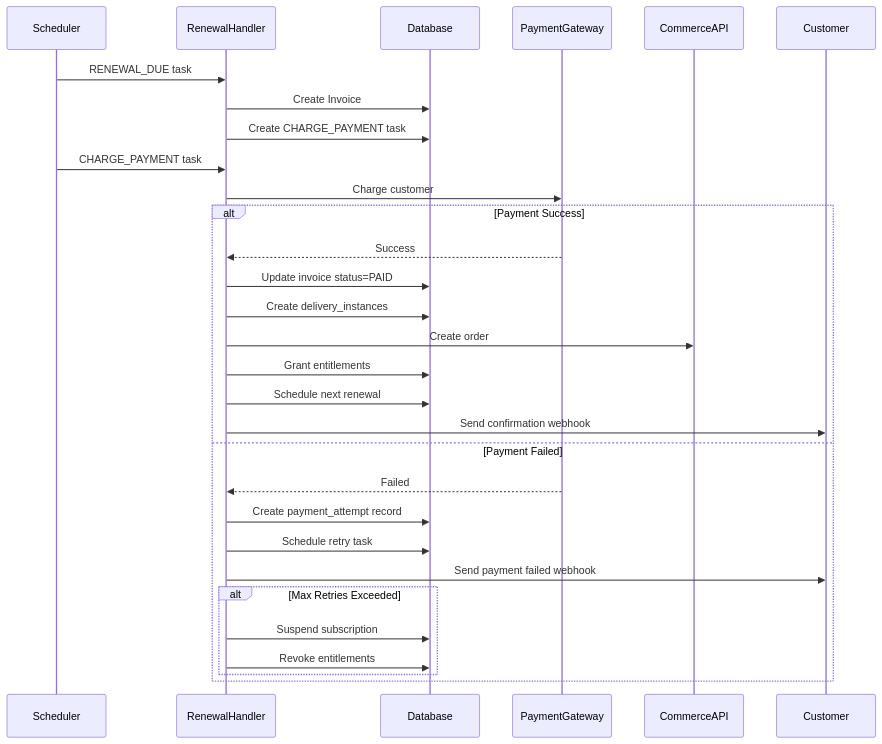
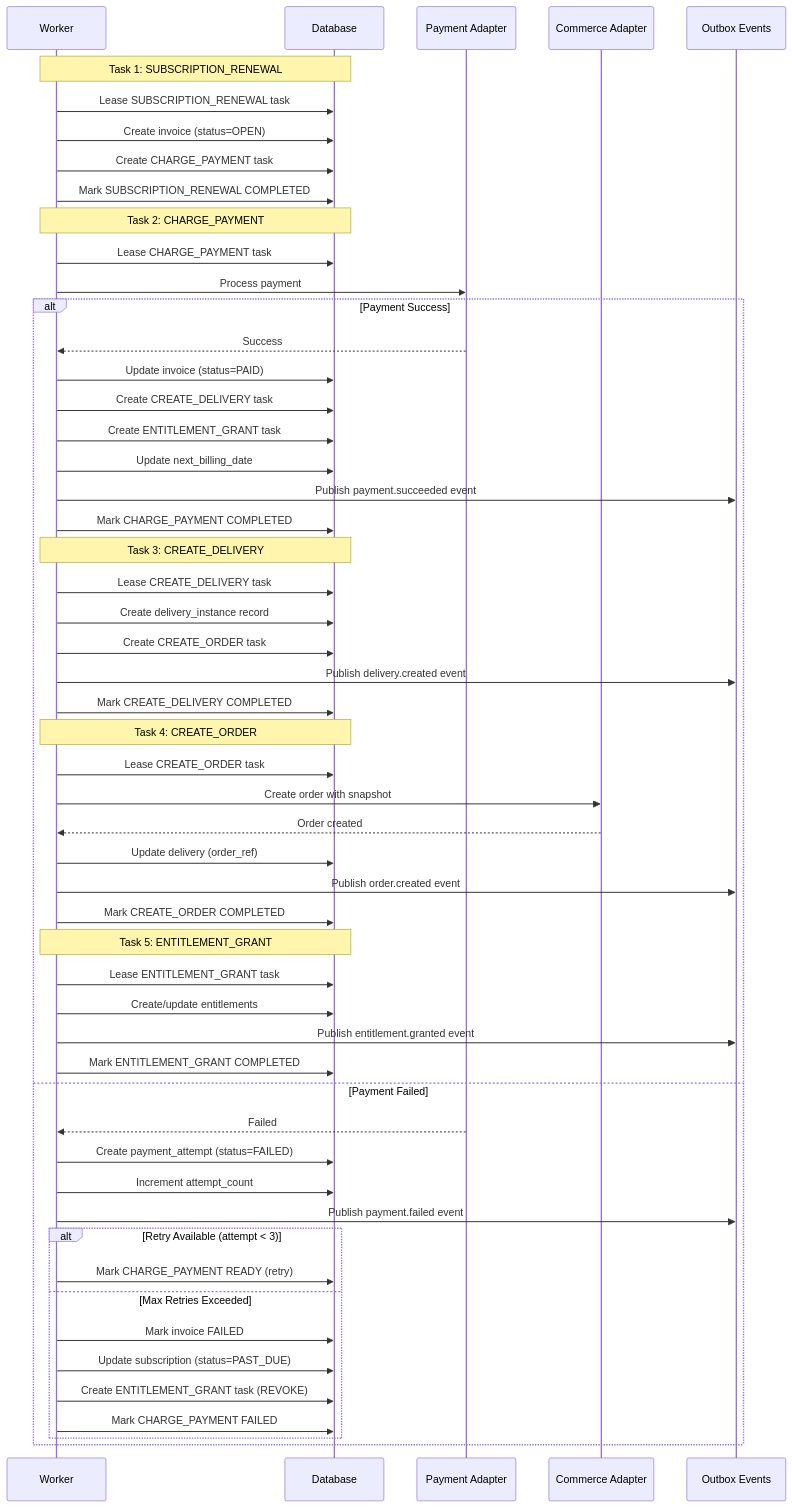
The seventh of 9 diagrams in README.md (neeraj-agentic-lab/SubscriptionManager), drawn with Mermaid before and after one commit. The commit also changed other lines of this file and 190 other files, not shown here.

First line of the commit message:
feat: Update README, optimize startup, separate API/Worker scheduled jobs, update GCP deployment

````diff
--- a/README.md
+++ b/README.md
@@ -453,36 +832,64 @@
 ```mermaid
 sequenceDiagram
-    participant Scheduler
-    participant RenewalHandler
-    participant Database
-    participant PaymentGateway
-    participant CommerceAPI
-    participant Customer
+    participant Worker
+    participant DB as Database
+    participant Payment as Payment Adapter
+    participant Commerce as Commerce Adapter
+    participant Outbox as Outbox Events
     
-    Scheduler->>RenewalHandler: RENEWAL_DUE task
-    RenewalHandler->>Database: Create Invoice
-    RenewalHandler->>Database: Create CHARGE_PAYMENT task
+    Note over Worker,DB: Task 1: SUBSCRIPTION_RENEWAL
+    Worker->>DB: Lease SUBSCRIPTION_RENEWAL task
+    Worker->>DB: Create invoice (status=OPEN)
+    Worker->>DB: Create CHARGE_PAYMENT task
+    Worker->>DB: Mark SUBSCRIPTION_RENEWAL COMPLETED
     
-    Scheduler->>RenewalHandler: CHARGE_PAYMENT task
-    RenewalHandler->>PaymentGateway: Charge customer
+    Note over Worker,DB: Task 2: CHARGE_PAYMENT
+    Worker->>DB: Lease CHARGE_PAYMENT task
+    Worker->>Payment: Process payment
     
     alt Payment Success
-        PaymentGateway-->>RenewalHandler: Success
-        RenewalHandler->>Database: Update invoice status=PAID
-        RenewalHandler->>Database: Create delivery_instances
-        RenewalHandler->>CommerceAPI: Create order
-        RenewalHandler->>Database: Grant entitlements
-        RenewalHandler->>Database: Schedule next renewal
-        RenewalHandler->>Customer: Send confirmation webhook
+        Payment-->>Worker: Success
+        Worker->>DB: Update invoice (status=PAID)
+        Worker->>DB: Create CREATE_DELIVERY task
+        Worker->>DB: Create ENTITLEMENT_GRANT task
+        Worker->>DB: Update next_billing_date
+        Worker->>Outbox: Publish payment.succeeded event
+        Worker->>DB: Mark CHARGE_PAYMENT COMPLETED
+        
+        Note over Worker,DB: Task 3: CREATE_DELIVERY
+        Worker->>DB: Lease CREATE_DELIVERY task
+        Worker->>DB: Create delivery_instance record
+        Worker->>DB: Create CREATE_ORDER task
+        Worker->>Outbox: Publish delivery.created event
+        Worker->>DB: Mark CREATE_DELIVERY COMPLETED
+        
+        Note over Worker,DB: Task 4: CREATE_ORDER
+        Worker->>DB: Lease CREATE_ORDER task
+        Worker->>Commerce: Create order with snapshot
+        Commerce-->>Worker: Order created
+        Worker->>DB: Update delivery (order_ref)
+        Worker->>Outbox: Publish order.created event
+        Worker->>DB: Mark CREATE_ORDER COMPLETED
+        
+        Note over Worker,DB: Task 5: ENTITLEMENT_GRANT
+        Worker->>DB: Lease ENTITLEMENT_GRANT task
+        Worker->>DB: Create/update entitlements
+        Worker->>Outbox: Publish entitlement.granted event
+        Worker->>DB: Mark ENTITLEMENT_GRANT COMPLETED
+        
     else Payment Failed
-        PaymentGateway-->>RenewalHandler: Failed
-        RenewalHandler->>Database: Create payment_attempt record
-        RenewalHandler->>Database: Schedule retry task
-        RenewalHandler->>Customer: Send payment failed webhook
+        Payment-->>Worker: Failed
+        Worker->>DB: Create payment_attempt (status=FAILED)
+        Worker->>DB: Increment attempt_count
+        Worker->>Outbox: Publish payment.failed event
         
-        alt Max Retries Exceeded
-            RenewalHandler->>Database: Suspend subscription
-            RenewalHandler->>Database: Revoke entitlements
+        alt Retry Available (attempt < 3)
+            Worker->>DB: Mark CHARGE_PAYMENT READY (retry)
+        else Max Retries Exceeded
+            Worker->>DB: Mark invoice FAILED
+            Worker->>DB: Update subscription (status=PAST_DUE)
+            Worker->>DB: Create ENTITLEMENT_GRANT task (REVOKE)
+            Worker->>DB: Mark CHARGE_PAYMENT FAILED
         end
     end
 ```
````
